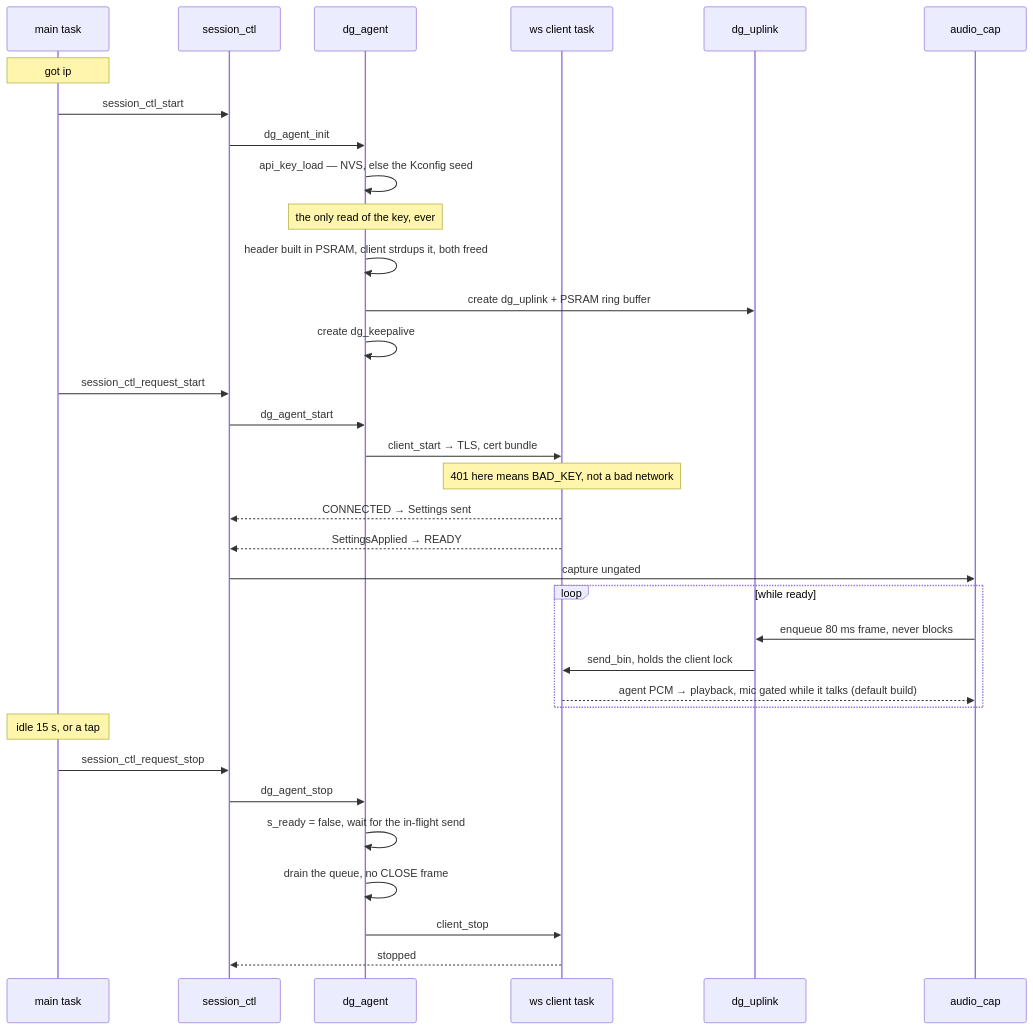
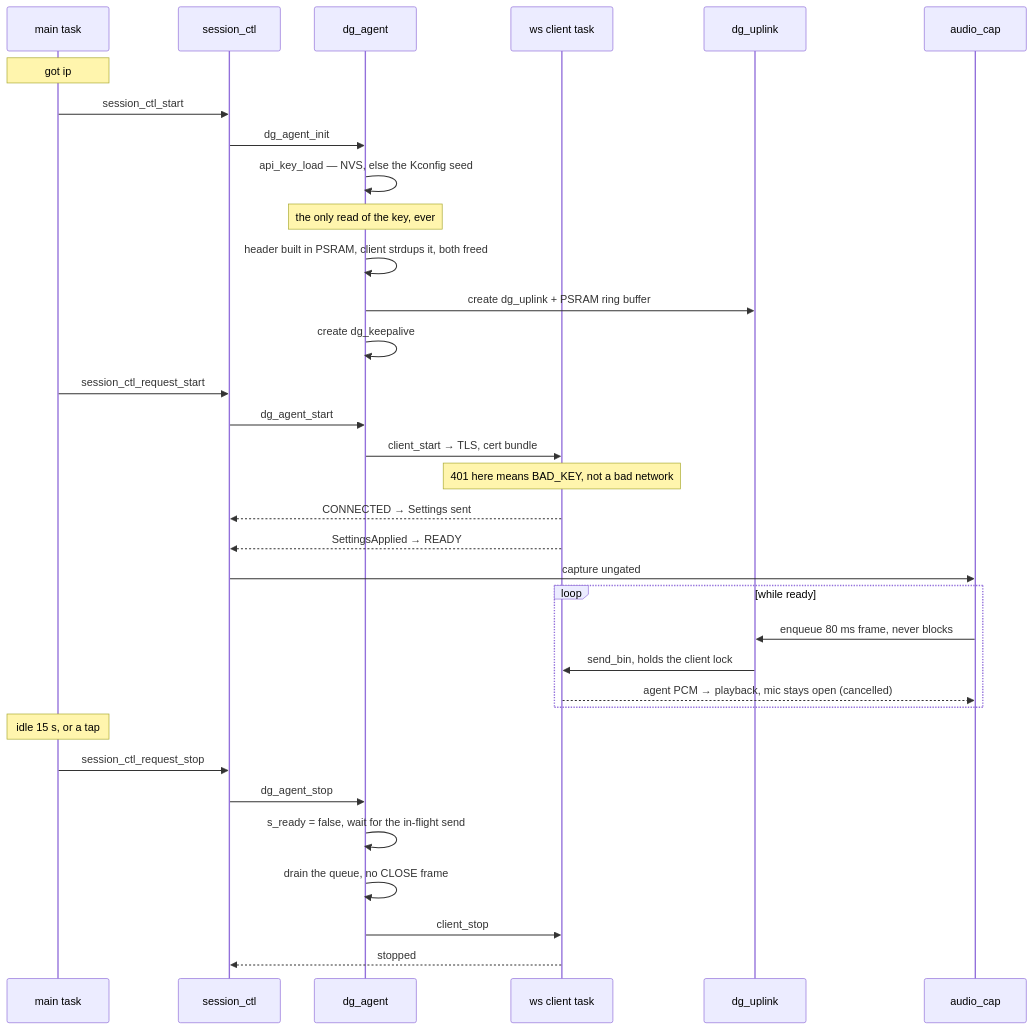
Before and after one commit to dg-edcharbeneau/esp32-deepgram-voice-agent: the seventh of 9 diagrams in docs/architecture.md, drawn with Mermaid. The commit also changed other lines of this file and 7 other files, not shown here.

````diff
--- a/docs/architecture.md
+++ b/docs/architecture.md
@@ -423,41 +425,41 @@
 ```mermaid
 sequenceDiagram
     participant M as main task
     participant S as session_ctl
     participant G as dg_agent
     participant W as ws client task
     participant U as dg_uplink
     participant C as audio_cap
 
     Note over M: got ip
 
     M->>S: session_ctl_start
     S->>G: dg_agent_init
     G->>G: api_key_load — NVS, else the Kconfig seed
     Note over G: the only read of the key, ever
     G->>G: header built in PSRAM, client strdups it, both freed
     G->>U: create dg_uplink + PSRAM ring buffer
     G->>G: create dg_keepalive
 
     M->>S: session_ctl_request_start
     S->>G: dg_agent_start
     G->>W: client_start → TLS, cert bundle
     Note over W: 401 here means BAD_KEY, not a bad network
     W-->>S: CONNECTED → Settings sent
     W-->>S: SettingsApplied → READY
     S->>C: capture ungated
 
     loop while ready
         C->>U: enqueue 80 ms frame, never blocks
         U->>W: send_bin, holds the client lock
-        W-->>C: agent PCM → playback, mic gated while it talks (default build)
+        W-->>C: agent PCM → playback, mic stays open (cancelled)
     end
 
     Note over M: idle 15 s, or a tap
     M->>S: session_ctl_request_stop
     S->>G: dg_agent_stop
     G->>G: s_ready = false, wait for the in-flight send
     G->>G: drain the queue, no CLOSE frame
     G->>W: client_stop
     W-->>S: stopped
 ```
````
